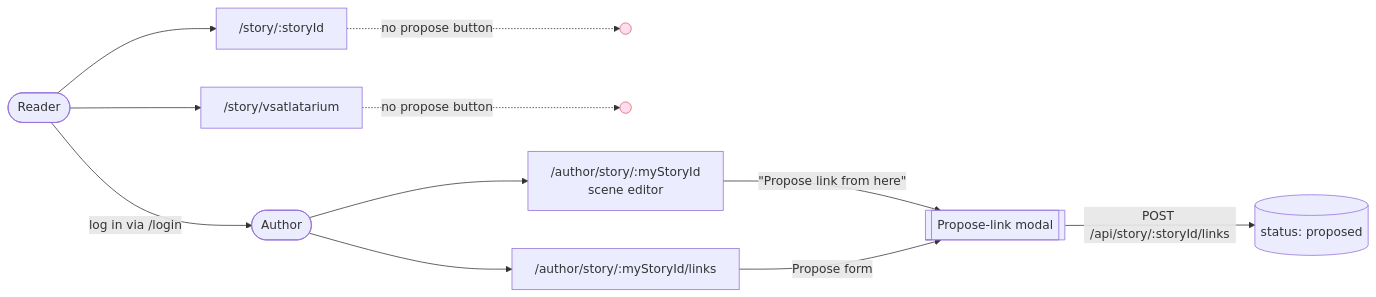
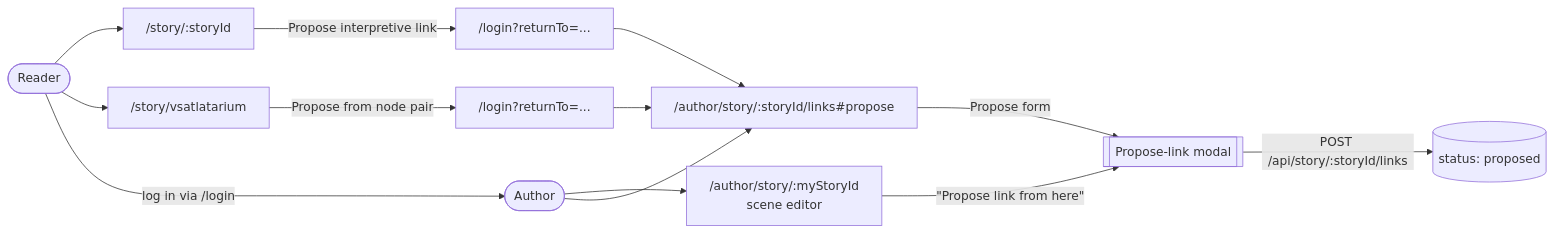
The second of 7 diagrams in docs/role-sitemap.md (BrookesUniversityLearningResources/vsat), drawn with Mermaid before and after one commit. The commit also changed other lines of this file and 23 other files, not shown here.

First line of the commit message:
Add returnTo auth flow, interpretive-link voting, and role docs

````diff
--- a/docs/role-sitemap.md
+++ b/docs/role-sitemap.md
@@ -133,15 +134,15 @@
 ```mermaid
 flowchart LR
   R([Reader]) --> SR["/story/:storyId"]
-  SR -.->|no propose button| X1(( )):::gap
+  SR -->|Propose interpretive link| LOGIN1["/login?returnTo=..."]
   R --> VL["/story/vsatlatarium"]
-  VL -.->|no propose button| X2(( )):::gap
+  VL -->|Propose from node pair| LOGIN2["/login?returnTo=..."]
   R -->|log in via /login| A([Author])
+  LOGIN1 --> ASL["/author/story/:storyId/links#propose"]
+  LOGIN2 --> ASL
   A --> AE["/author/story/:myStoryId<br/>scene editor"]
   AE -->|&quot;Propose link from here&quot;| PL[[Propose-link modal]]
-  A --> ASL["/author/story/:myStoryId/links"]
+  A --> ASL
   ASL -->|Propose form| PL
   PL -->|POST /api/story/:storyId/links| DB[(status: proposed)]
-
-  classDef gap fill:#fde,stroke:#c66,color:#633;
 ```
````
